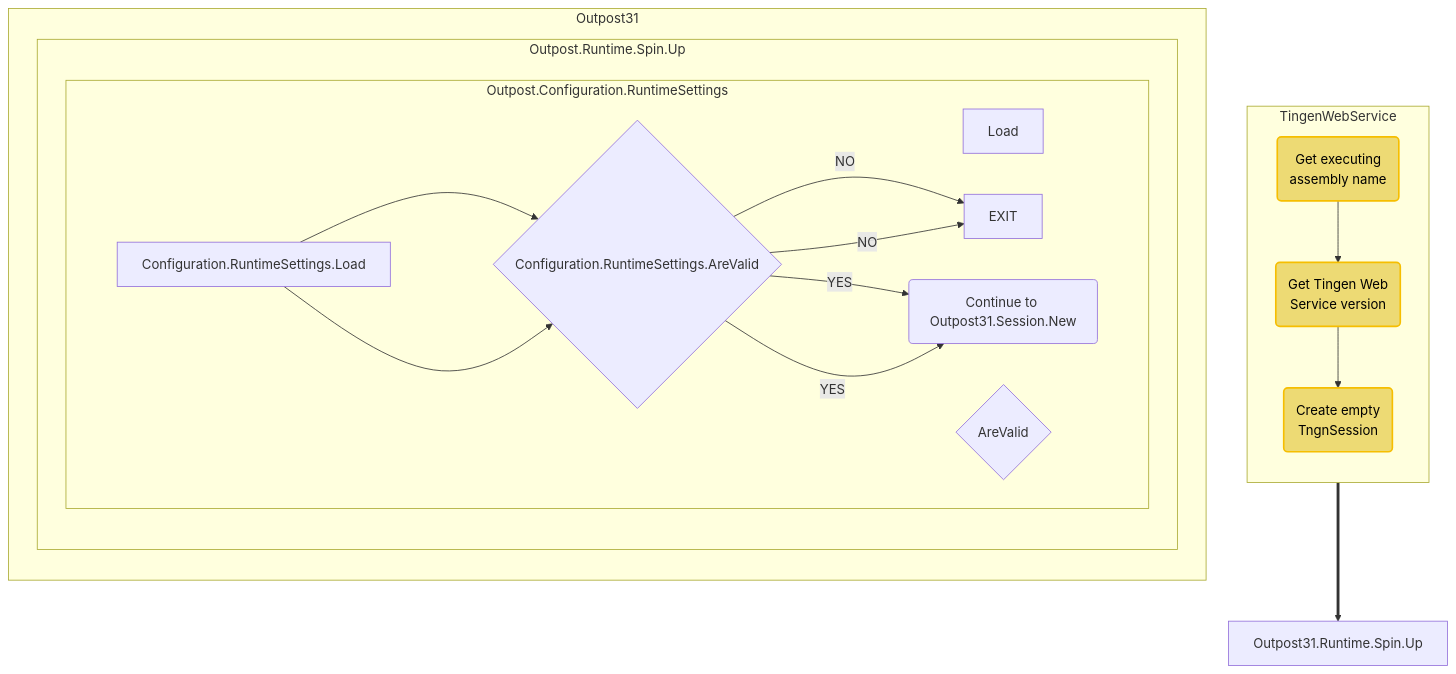
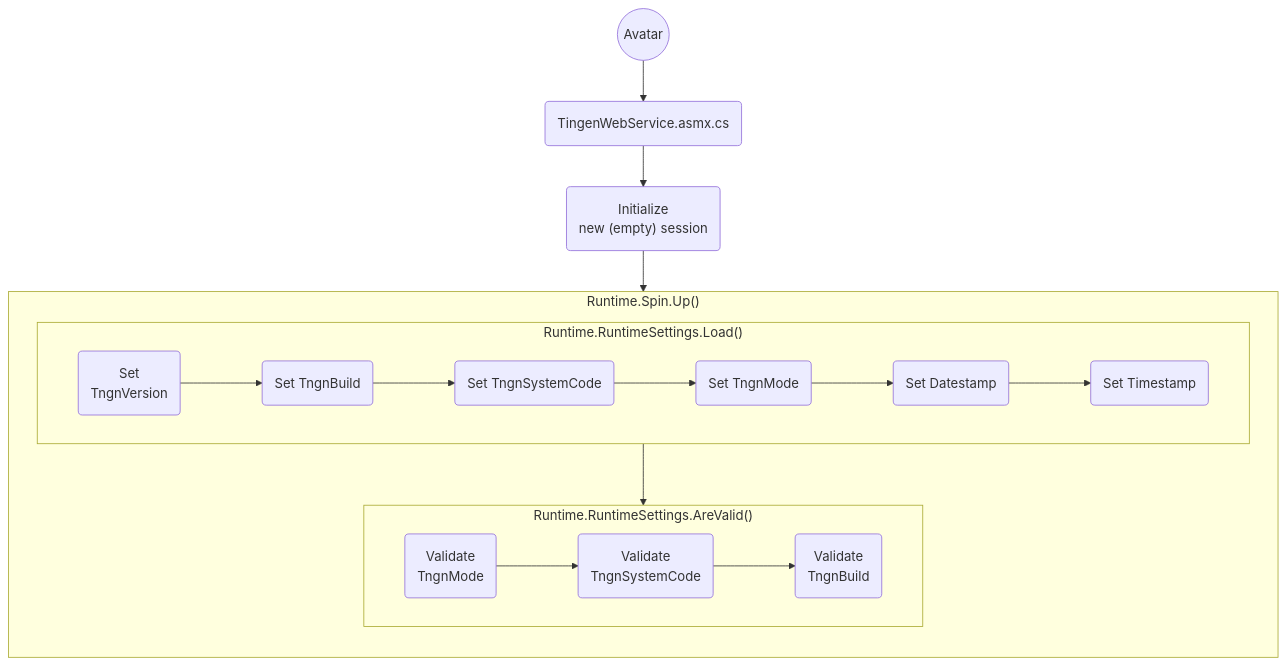
Before and after one commit to spectrum-health-systems/tingen-documentation: the diagram in .github/apcp/workflows.md, drawn with Mermaid. The commit also changed other lines of this file and 3 other files, not shown here.

````diff
--- a/.github/apcp/workflows.md
+++ b/.github/apcp/workflows.md
@@ -5,66 +3,43 @@
 ```mermaid
+
+
 flowchart TB
 
-  subgraph TingenWebService
-    direction TB
-    %% Components
-    GetExeAsmName@{shape: rounded, label: "Get executing\nassembly name"}
-    GetTngnVer@{shape: rounded, label: "Get Tingen Web\nService version"}
-    CreateEmptyTngnSession@{shape: rounded, label: "Create empty\nTngnSession"}
-    %% Layout
-    GetExeAsmName --> GetTngnVer --> CreateEmptyTngnSession
-    %% Styles
-    class GetExeAsmName,GetTngnVer,CreateEmptyTngnSession Yellow
-  end
+  Avatar@{shape: circ, label: "Avatar"}
+  TingenWebService.asmx.cs@{shape: rounded, label: "TingenWebService.asmx.cs"}
+  InitNewSession@{shape: rounded, label: "Initialize\nnew (empty) session"}
+  Avatar --> TingenWebService.asmx.cs --> InitNewSession
 
-  TingenWebService ==> Outpost31.Runtime.Spin.Up
-
-  subgraph Outpost31
+  subgraph Runtime.Spin.Up ["Runtime.Spin.Up()"]
     direction TB
 
- subgraph Outpost.Runtime.Spin.Up
-    direction TB
+    subgraph Runtime.RuntimeSettings.Load ["Runtime.RuntimeSettings.Load()"]
+      direction LR
+      SetVersion@{shape: rounded, label: "Set\nTngnVersion"}
+      SetBuild@{shape: rounded, label: "Set\nTngnBuild"}
+      SetSystemCode@{shape: rounded, label: "Set\nngnSystemCode"}
+      SetMode@{shape: rounded, label: "Set\nTngnMode"}
+      SetDatestamp@{shape: rounded, label: "Set\nDatestamp"}
+      SetTimeStamp@{shape: rounded, label: "Set\nTimestamp"}
 
-    subgraph Outpost.Configuration.RuntimeSettings
+      SetVersion --> SetBuild@{shape: rounded, label: "Set TngnBuild"} --> SetSystemCode@{shape: rounded, label: "Set TngnSystemCode"} --> SetMode@{shape: rounded, label: "Set TngnMode"} --> SetDatestamp@{shape: rounded, label: "Set Datestamp"} --> SetTimeStamp@{shape: rounded, label: "Set Timestamp"}
+    end 
+  
+    subgraph Runtime.RuntimeSettings.AreValid ["Runtime.RuntimeSettings.AreValid()"]
       direction LR
-      %% Components
-      Load
-      AreValid@{shape: diamond}
-      %% Layout
-      Configuration.RuntimeSettings.Load --> Configuration.RuntimeSettings.AreValid
-      Configuration.RuntimeSettings.AreValid --NO--> EXIT
-      Configuration.RuntimeSettings.AreValid --YES --> Continue_Outpost31.Session.New("Continue to Outpost31.Session.New")
-      %% Styles
-    end
+      ValidateMode@{shape: rounded, label: "Validate\nTngnMode"}
+      ValidateSystemCode@{shape: rounded, label: "Validate\nTngnSystemCode"}
+      ValidateBuild@{shape: rounded, label: "Validate\nTngnBuild"}
 
-    %% Components
-    Configuration.RuntimeSettings.Load
-    Configuration.RuntimeSettings.AreValid@{shape: diamond}
-    %% Layout
-    Configuration.RuntimeSettings.Load --> Configuration.RuntimeSettings.AreValid
-    Configuration.RuntimeSettings.AreValid --NO--> EXIT
-    Configuration.RuntimeSettings.AreValid --YES --> Continue_Outpost31.Session.New("Continue to Outpost31.Session.New")
-    %% Styles
-  end
-  end
+      ValidateMode@{shape: rounded, label: "Validate\nTngnMode"} --> ValidateSystemCode@{shape: rounded, label: "Validate\nTngnSystemCode"} --> ValidateBuild@{shape: rounded, label: "Validate\nTngnBuild"}
+    end 
+  
+    Runtime.RuntimeSettings.Load --> Runtime.RuntimeSettings.AreValid
 
- 
+  end 
 
-
-  
-  
+  InitNewSession --> Runtime.Spin.Up
 
 
 
-
-  %% Components
-  EXIT
-
-  %% Layout
-
-
-  %% Styles - Global
-  classDef Hidden display: none;
-  classDef Yellow color:#000000,fill:#EDDA74,stroke:#F6BE00,stroke-width:2px
-
 ```
````
